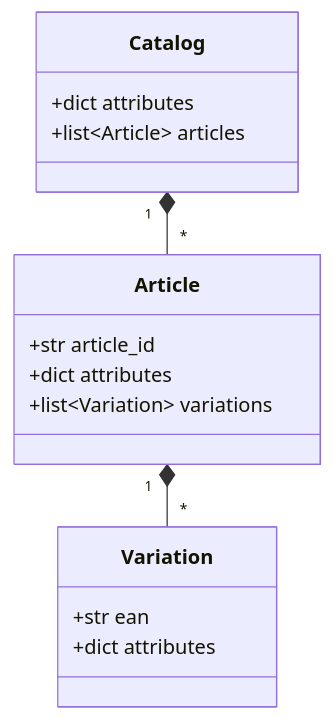
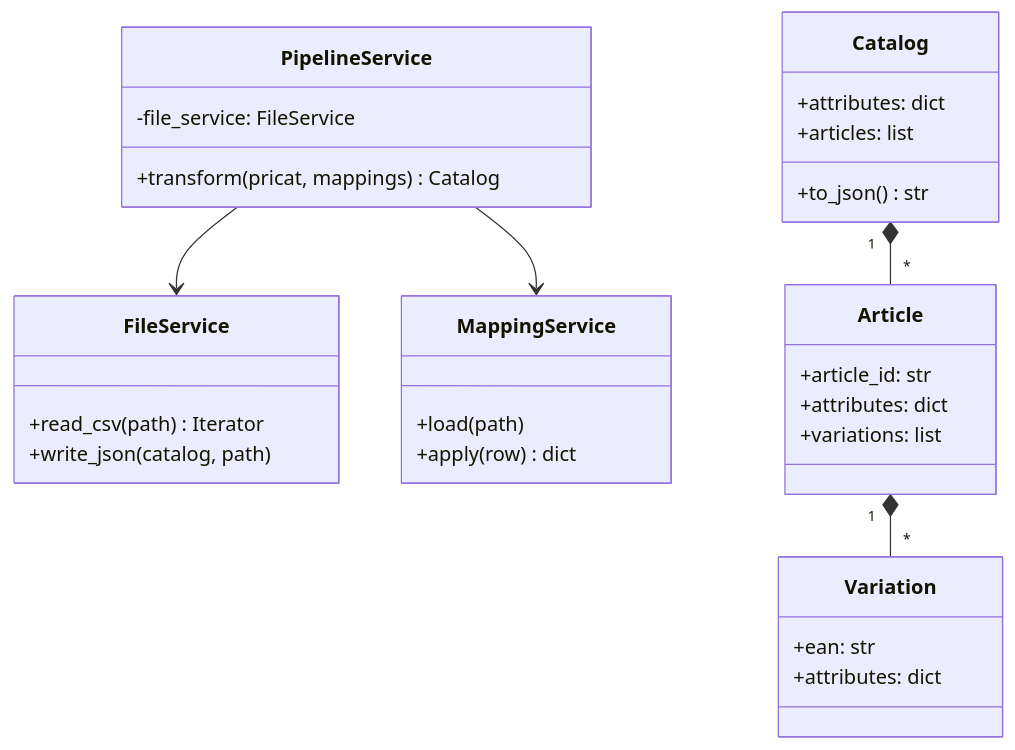
Before and after one commit to rezamobaraki/catalog-pipeline: the second of 2 diagrams in docs/ARCHITECTURE.md, drawn with Mermaid. The commit also changed other lines of this file and 10 other files, not shown here.

Commit message:
refactor architecture documentation and add service classes for file and mapping operations

````diff
--- a/docs/ARCHITECTURE.md
+++ b/docs/ARCHITECTURE.md
@@ -28,21 +31,39 @@
 ```mermaid
 classDiagram
+    class FileService {
+        +read_csv(path) Iterator
+        +write_json(catalog, path)
+    }
+    
+    class MappingService {
+        +load(path)
+        +apply(row) dict
+    }
+    
+    class PipelineService {
+        -file_service: FileService
+        +transform(pricat, mappings) Catalog
+    }
+    
     class Catalog {
-        +dict attributes
-        +list~Article~ articles
+        +attributes: dict
+        +articles: list
+        +to_json() str
     }
     
     class Article {
-        +str article_id
-        +dict attributes
-        +list~Variation~ variations
+        +article_id: str
+        +attributes: dict
+        +variations: list
     }
     
     class Variation {
-        +str ean
-        +dict attributes
+        +ean: str
+        +attributes: dict
     }
     
+    PipelineService --> FileService
+    PipelineService --> MappingService
     Catalog "1" *-- "*" Article
     Article "1" *-- "*" Variation
 ```
````
